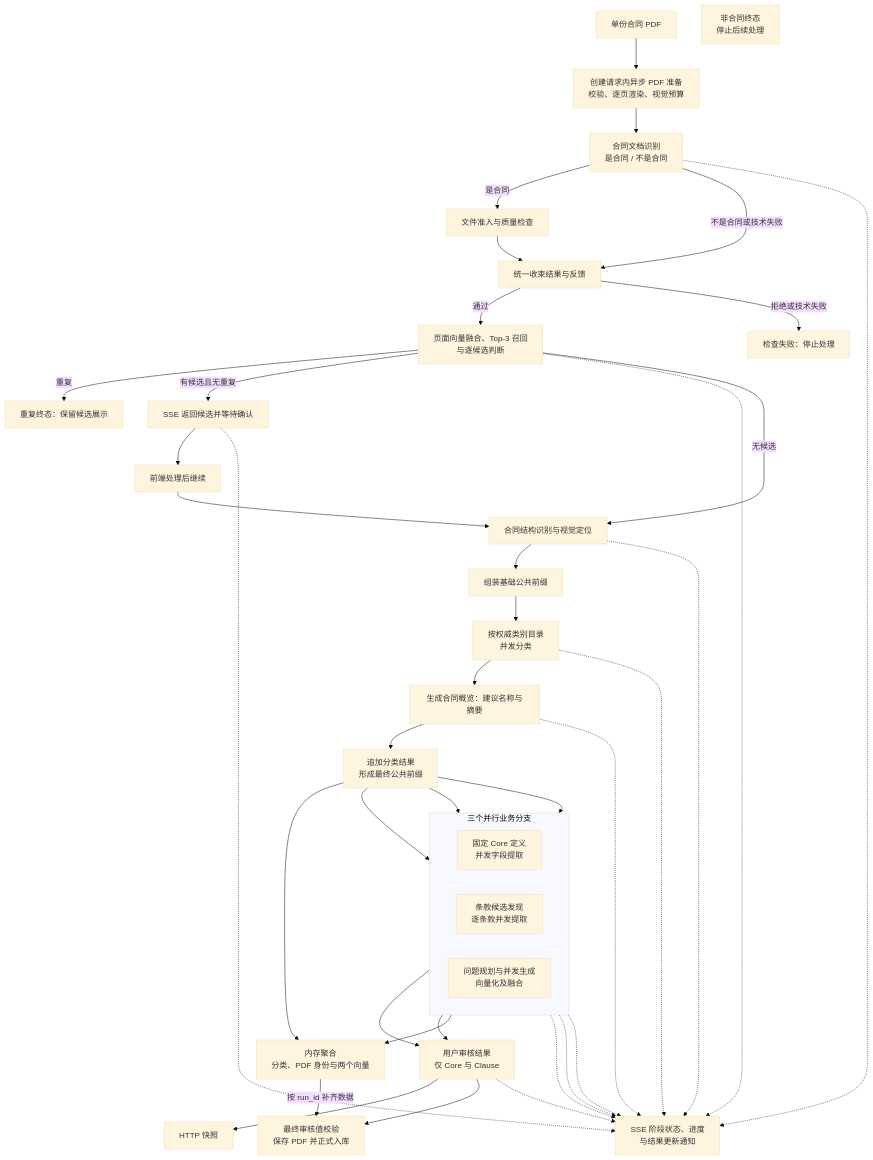
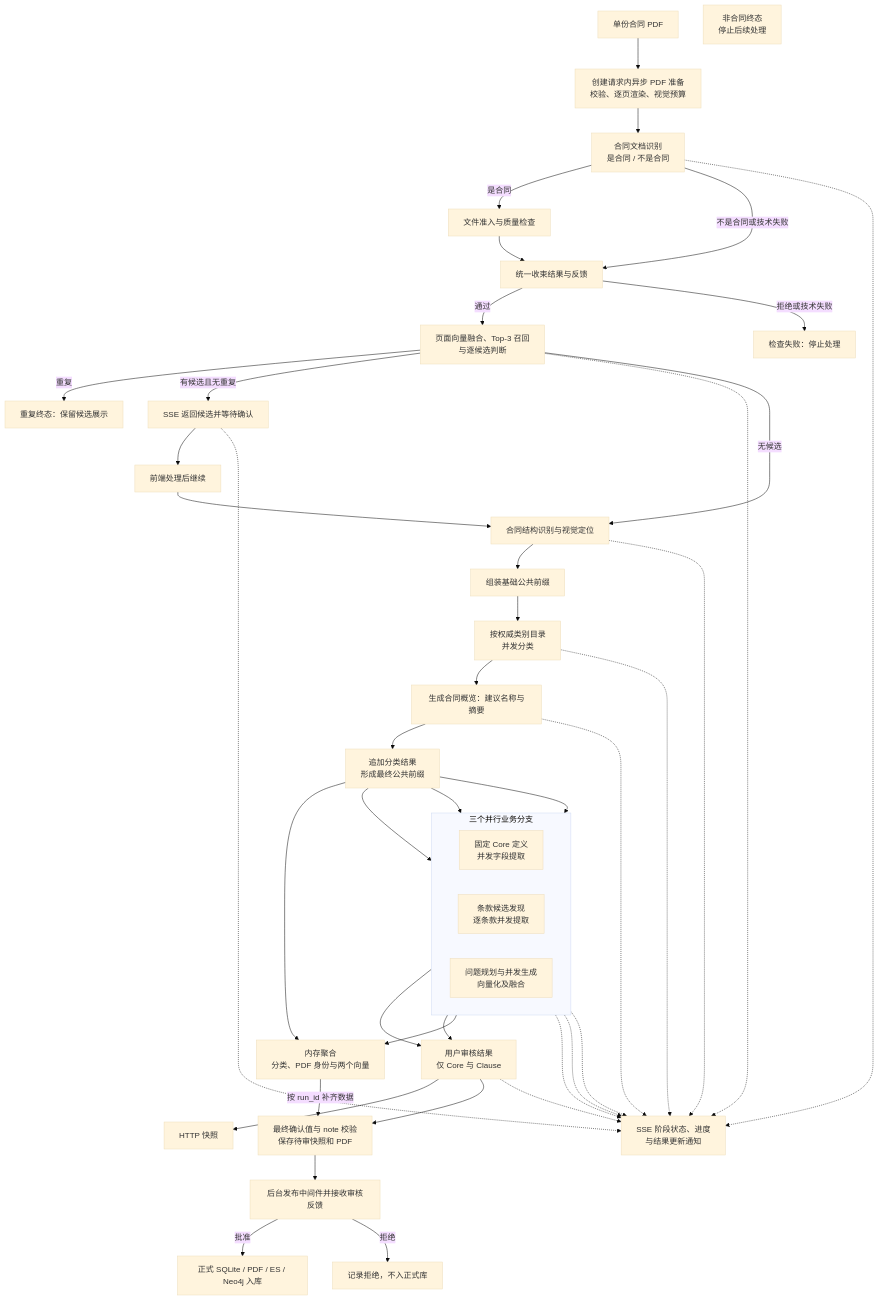
Before and after one commit to caicai-6666/contract-service-be: the diagram in description/project.md, drawn with Mermaid (base theme). The commit also changed other lines of this file and 81 other files, not shown here.

````diff
--- a/description/project.md
+++ b/description/project.md
@@ -143,58 +143,61 @@
 ```mermaid
 flowchart TD
     pdf["单份合同 PDF"]
     preparation["创建请求内异步 PDF 准备<br/>校验、逐页渲染、视觉预算"]
     detection["合同文档识别<br/>是合同 / 不是合同"]
     rejected["非合同终态<br/>停止后续处理"]
     dedup["页面向量融合、Top-3 召回<br/>与逐候选判断"]
     pause["SSE 返回候选并等待确认"]
     continue["前端处理后继续"]
     understanding["合同结构识别与视觉定位"]
     base_context["组装基础公共前缀"]
     classification["按权威类别目录<br/>并发分类"]
     file_name["生成合同概览：建议名称与摘要"]
     prefill_context["追加分类结果<br/>形成最终公共前缀"]
 
     subgraph parallel_branches["三个并行业务分支"]
         direction LR
         core["固定 Core 定义<br/>并发字段提取"]
         clause["条款候选发现<br/>逐条款并发提取"]
         retrieval["问题规划与并发生成<br/>向量化及融合"]
     end
 
     internal_result["内存聚合<br/>分类、PDF 身份与两个向量"]
     review_result["用户审核结果<br/>仅 Core 与 Clause"]
     snapshot["HTTP 快照"]
-    ingestion["最终审核值校验<br/>保存 PDF 并正式入库"]
+    ingestion["最终确认值与 note 校验<br/>保存待审快照和 PDF"]
     sse["SSE 阶段状态、进度<br/>与结果更新通知"]
 
     pdf --> preparation --> detection
     detection -->|是合同| preliminary["文件准入与质量检查"]
     preliminary --> admission["统一收束结果与反馈"]
     admission -->|通过| dedup
     admission -->|拒绝或技术失败| quality_failure["检查失败：停止处理"]
     dedup -->|重复| duplicate_end["重复终态：保留候选展示"]
     dedup -->|有候选且无重复| pause --> continue --> understanding --> base_context --> classification --> file_name --> prefill_context
     detection -->|不是合同或技术失败| admission
     prefill_context --> core
     prefill_context --> clause
     prefill_context --> retrieval
     core --> review_result
     clause --> review_result
     retrieval --> internal_result
     prefill_context --> internal_result
     review_result --> snapshot
     review_result --> ingestion
     internal_result -->|按 run_id 补齐数据| ingestion
+    ingestion --> middleware["后台发布中间件并接收审核反馈"]
+    middleware -->|批准| formal["正式 SQLite / PDF / ES / Neo4j 入库"]
+    middleware -->|拒绝| review_rejected["记录拒绝，不入正式库"]
     understanding -.-> sse
     detection -.-> sse
     dedup -.-> sse
     dedup -->|无候选| understanding
     pause -.-> sse
     classification -.-> sse
     file_name -.-> sse
     core -.-> sse
     clause -.-> sse
     retrieval -.-> sse
     review_result -.-> sse
 ```
````
